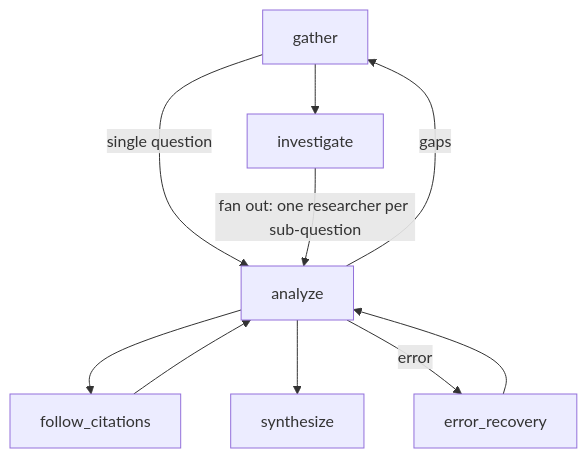
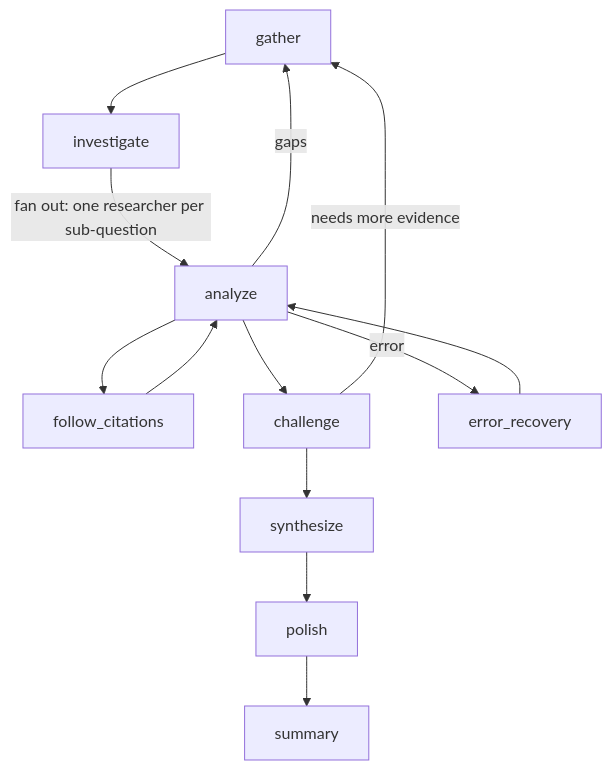
Before and after one commit to GEMISIS/leviath: the sixth of 7 diagrams in docs/content/agent-catalog.md, drawn with Mermaid. The commit also changed other lines of this file and 15 other files, not shown here.

````diff
--- a/docs/content/agent-catalog.md
+++ b/docs/content/agent-catalog.md
@@ -192,12 +200,15 @@
 ```mermaid
 flowchart TD
     gather --> investigate
-    gather -->|single question| analyze
     investigate -->|"fan out: one researcher per sub-question"| analyze
     analyze -->|gaps| gather
     analyze --> follow_citations
     follow_citations --> analyze
-    analyze --> synthesize
+    analyze --> challenge
+    challenge -->|"needs more evidence"| gather
+    challenge --> synthesize
+    synthesize --> polish
+    polish --> summary
     analyze -->|error| error_recovery
     error_recovery --> analyze
 ```
````
